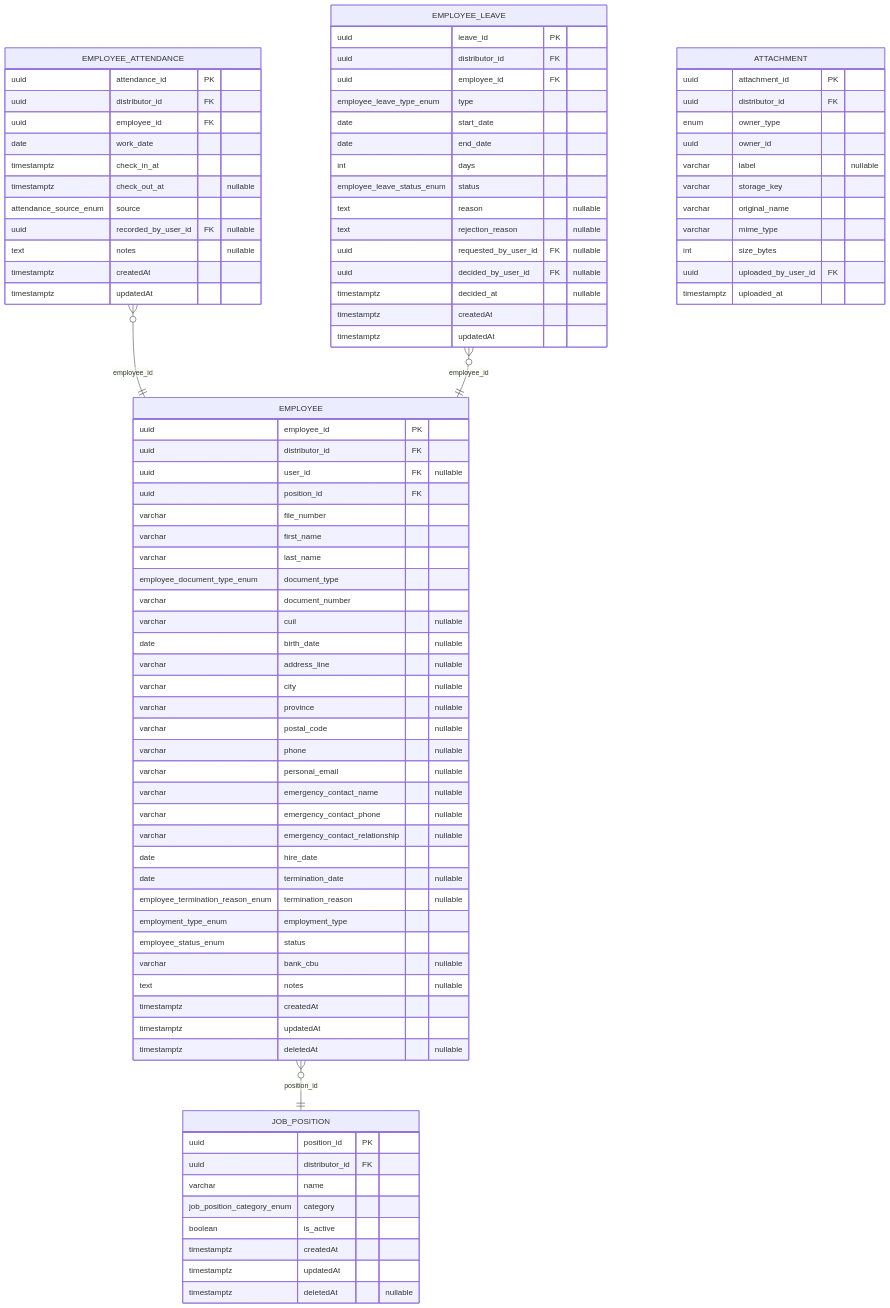
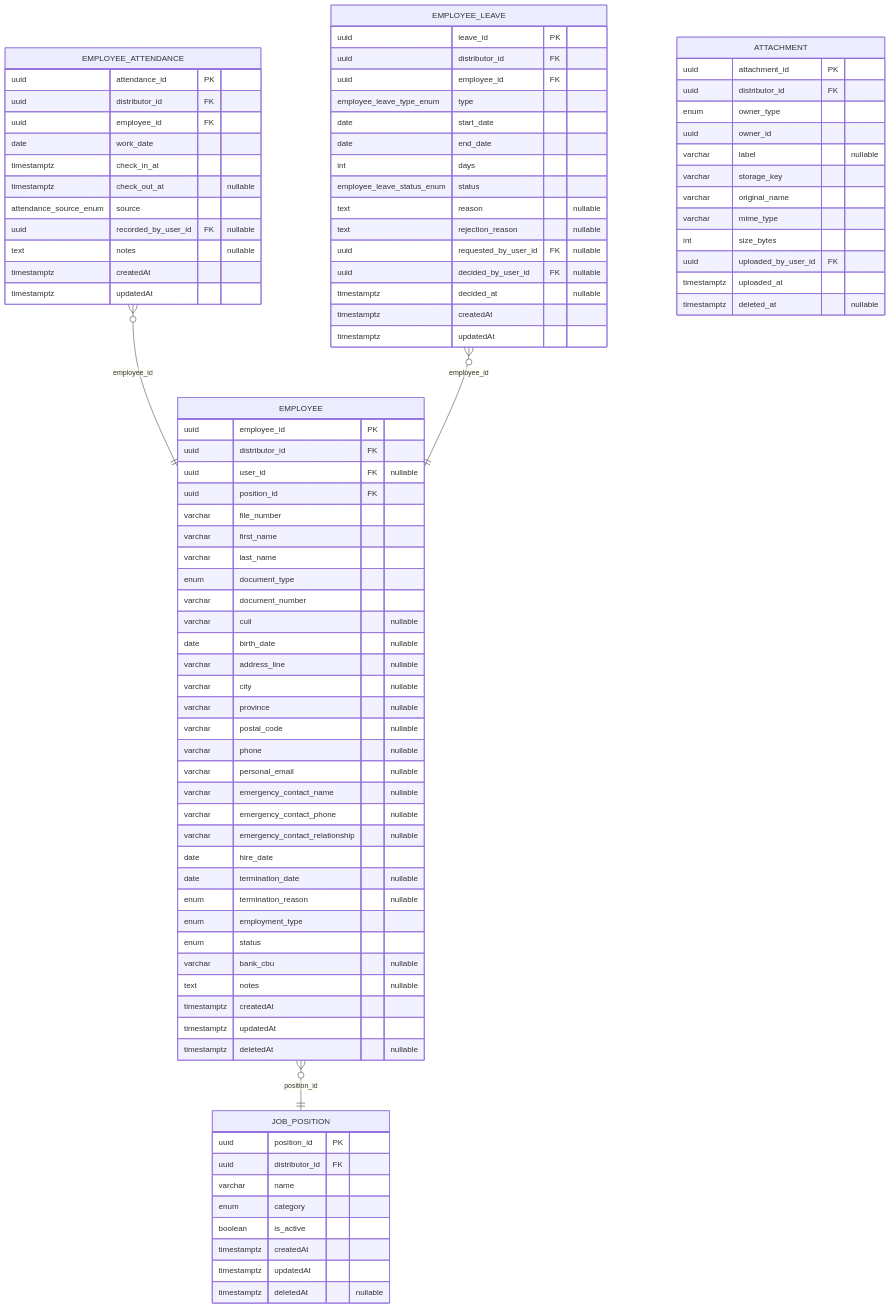
One commit to Nahuelito-Dev/splg-docs changed the ninth of 15 diagrams in diagramas/base-de-datos/SPLG-der-mermaid.md. Above: the diagram before and after it, drawn with Mermaid. The commit also changed other lines of this file and 1851 other files, not shown here.

First line of the commit message:
docs: documentación completa en notación UML, un caso de uso por operación y modelo de datos al día

```diff
--- a/diagramas/base-de-datos/SPLG-der-mermaid.md
+++ b/diagramas/base-de-datos/SPLG-der-mermaid.md
@@ -593,7 +625,7 @@
         uuid position_id PK
         uuid distributor_id FK
         varchar name
-        job_position_category_enum category
+        enum category
         boolean is_active
         timestamptz createdAt
         timestamptz updatedAt
@@ -611,6 +643,7 @@
         int size_bytes
         uuid uploaded_by_user_id FK
         timestamptz uploaded_at
+        timestamptz deleted_at "nullable"
     }
     EMPLOYEE {
         uuid employee_id PK
@@ -620,7 +653,7 @@
         varchar file_number
         varchar first_name
         varchar last_name
-        employee_document_type_enum document_type
+        enum document_type
         varchar document_number
         varchar cuil "nullable"
         date birth_date "nullable"
@@ -635,9 +668,9 @@
         varchar emergency_contact_relationship "nullable"
         date hire_date
         date termination_date "nullable"
-        employee_termination_reason_enum termination_reason "nullable"
-        employment_type_enum employment_type
-        employee_status_enum status
+        enum termination_reason "nullable"
+        enum employment_type
+        enum status
         varchar bank_cbu "nullable"
         text notes "nullable"
         timestamptz createdAt
```
